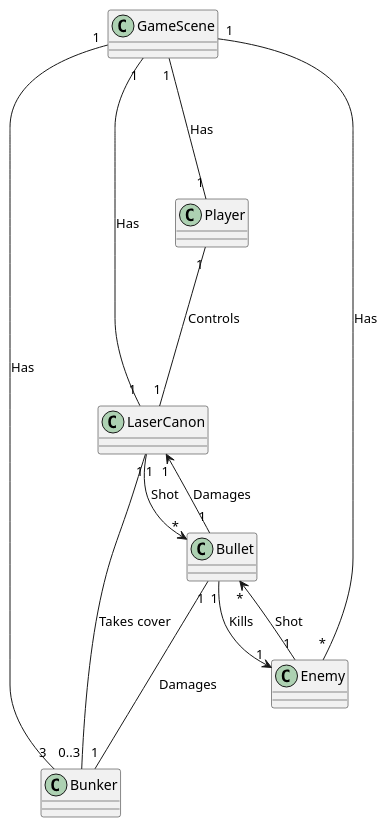
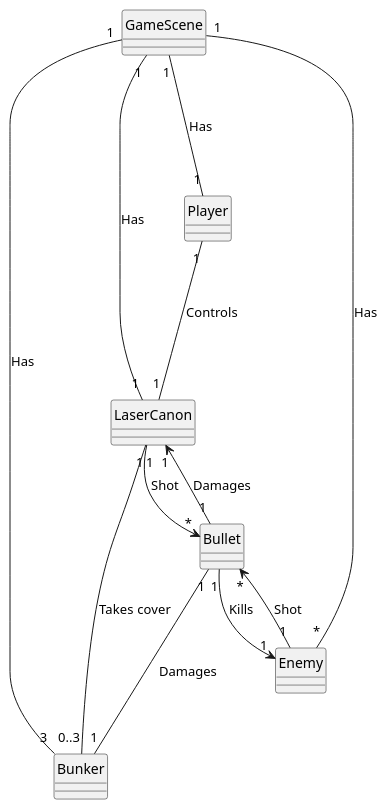
The diagram in project/analyze-diagrams/domain-problem.puml (LucasAVasco/LucasVascoProjectPRG22107), drawn with PlantUML before and after one commit. The commit also changed 1 other file, not shown here.

Commit message:
docs(analyze-diagrams): remove PlantUML icon from domain problem diagram

```diff
--- a/project/analyze-diagrams/domain-problem.puml
+++ b/project/analyze-diagrams/domain-problem.puml
@@ -1,17 +1,20 @@
 @startuml
+	skinparam style strictuml
+	skinparam classAttributeIconSize 0
+
 	GameScene "1" --- "1" Player: Has
 	GameScene "1" --- "1" LaserCanon: Has
 	GameScene "1" --- "3" Bunker: Has
 	GameScene "1" --- "*" Enemy: Has
 
 	Player "1" --- "1" LaserCanon: Controls
 
 	LaserCanon "1" --> "*" Bullet: Shot
 	Bullet "1" --> "1" LaserCanon: Damages
 
 	Enemy "1" --> "*" Bullet: Shot
 	Bullet "1" --> "1" Enemy: Kills
 
 	Bullet "1" --- "1" Bunker: Damages
 	LaserCanon "1" --- "0..3" Bunker: Takes cover
 @enduml
```
